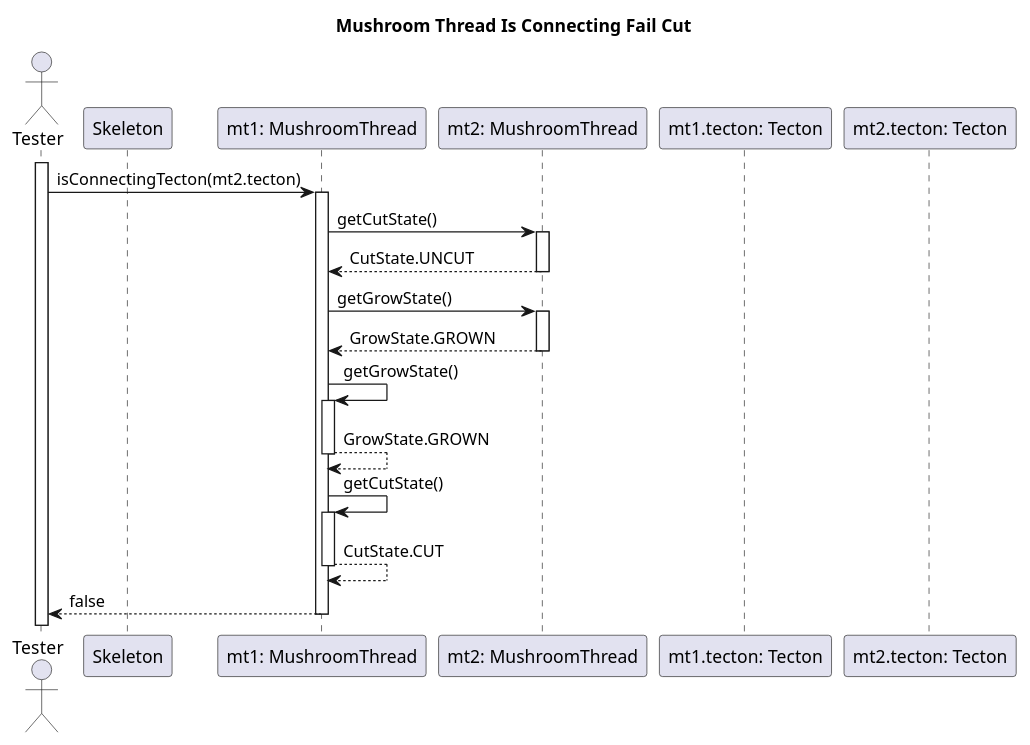
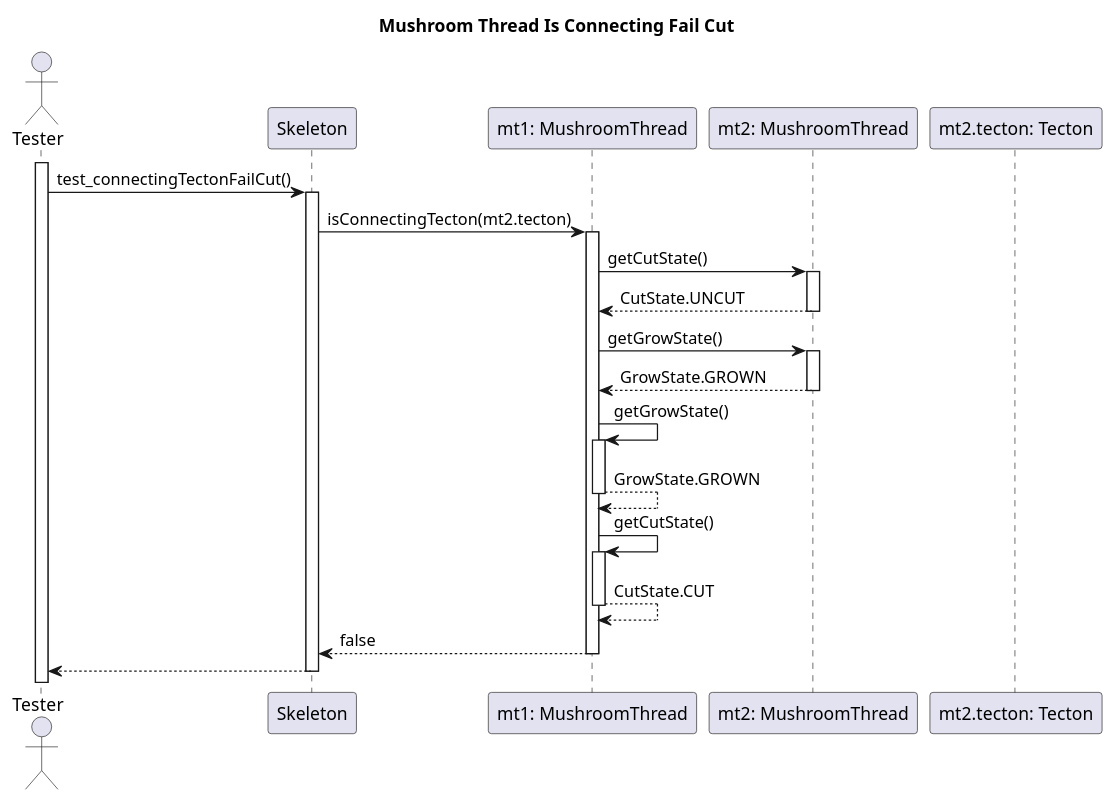
Before and after one commit to dzsem/projlab: the diagram in diagrams/test-sequence/mushroom/connectingTectonFailCut.wsd, drawn with PlantUML. The commit also changed 1 other file, not shown here.

Commit message:
Fixed connectingTectonFailSprout

```diff
--- a/diagrams/test-sequence/mushroom/connectingTectonFailCut.wsd
+++ b/diagrams/test-sequence/mushroom/connectingTectonFailCut.wsd
@@ -1,43 +1,48 @@
 @startuml Mushroom Thread Is Traversible Fail Cut
 
 title Mushroom Thread Is Connecting Fail Cut
 
 actor "Tester" as tester
 participant "Skeleton" as skeleton
 
 participant "mt1: MushroomThread" as mt1
 participant "mt2: MushroomThread" as mt2
 
-participant "mt1.tecton: Tecton" as t1
 participant "mt2.tecton: Tecton" as t2
 
 activate tester
 
-tester -> mt1: isConnectingTecton(mt2.tecton)
+tester -> skeleton: test_connectingTectonFailCut()
+activate skeleton
+
+skeleton -> mt1: isConnectingTecton(mt2.tecton)
 activate mt1
 
 mt1 -> mt2: getCutState()
 activate mt2
 mt2 --> mt1: CutState.UNCUT
 deactivate mt2
 
 mt1 -> mt2: getGrowState()
 activate mt2
 mt2 --> mt1: GrowState.GROWN
 deactivate mt2
 
 mt1 -> mt1: getGrowState()
 activate mt1
 mt1 --> mt1: GrowState.GROWN
 deactivate mt1
 
 
 mt1 -> mt1: getCutState()
 activate mt1
 mt1 --> mt1: CutState.CUT
 deactivate mt1
 
-mt1 --> tester: false
+mt1 --> skeleton: false
 deactivate mt1
 
+skeleton --> tester
+deactivate skeleton
+
 @enduml
```
